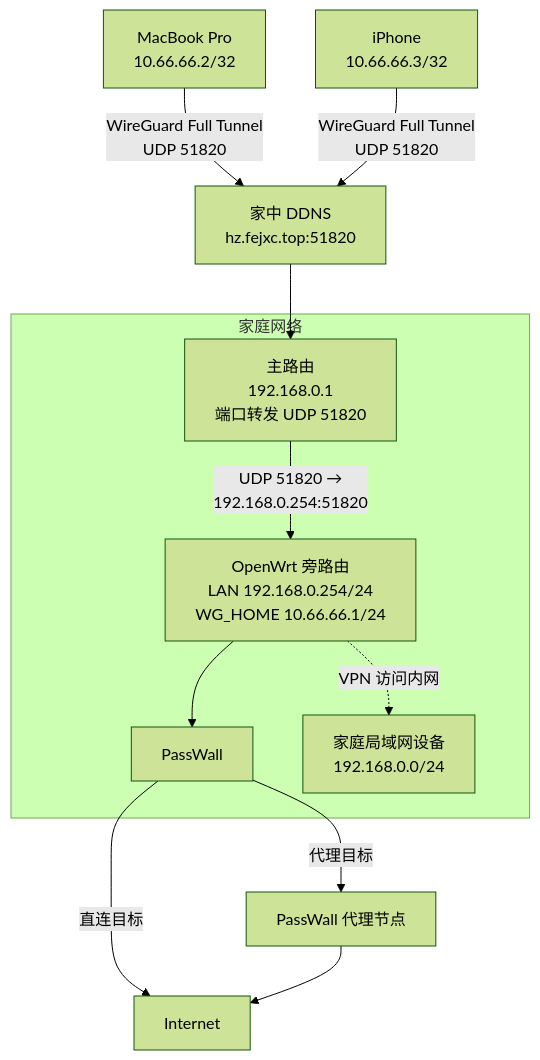
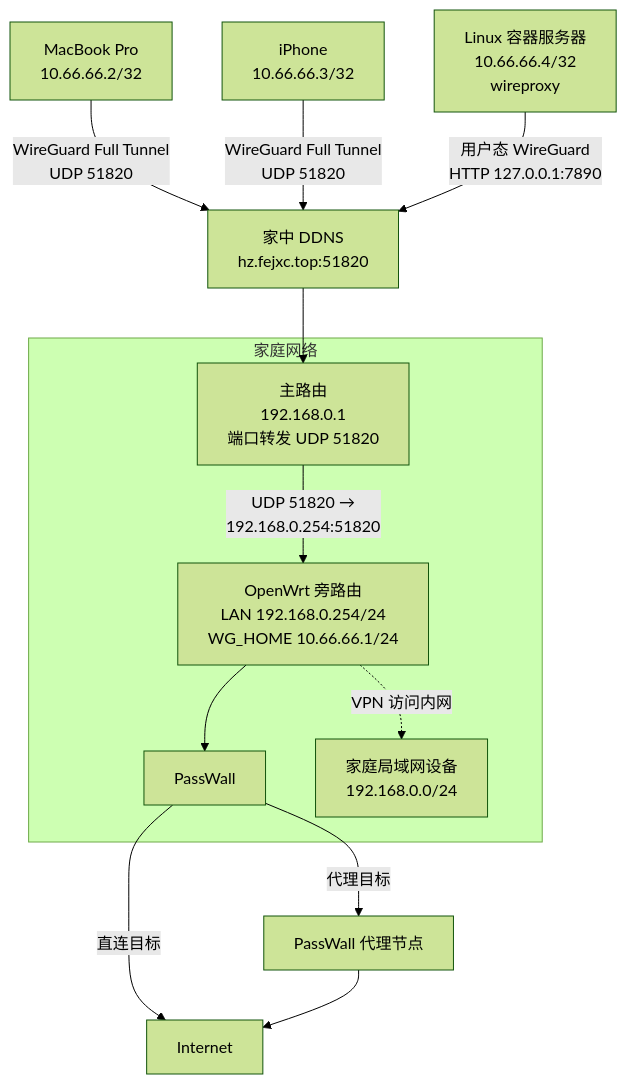
One commit to fejxc/network-toolbox changed the first of 2 diagrams in openwrt-wireguard/README.md. Above: the diagram before and after it, drawn with Mermaid (forest theme). The commit also changed other lines of this file and 4 other files, not shown here.

Commit message:
docs: add Linux wireproxy container server plan

````diff
--- a/openwrt-wireguard/README.md
+++ b/openwrt-wireguard/README.md
@@ -26,26 +28,28 @@
 ```mermaid
 flowchart TD
     MB["MacBook Pro<br/>10.66.66.2/32"]
     IP["iPhone<br/>10.66.66.3/32"]
+    LX["Linux 容器服务器<br/>10.66.66.4/32<br/>wireproxy"]
 
     MB -- "WireGuard Full Tunnel<br/>UDP 51820" --> DDNS
     IP -- "WireGuard Full Tunnel<br/>UDP 51820" --> DDNS
+    LX -- "用户态 WireGuard<br/>HTTP 127.0.0.1:7890" --> DDNS
 
     DDNS["家中 DDNS<br/>hz.fejxc.top:51820"]
     DDNS --> GW
 
     subgraph home["家庭网络"]
         GW["主路由<br/>192.168.0.1<br/>端口转发 UDP 51820"]
         OW["OpenWrt 旁路由<br/>LAN 192.168.0.254/24<br/>WG_HOME 10.66.66.1/24"]
         PW["PassWall"]
         LAN["家庭局域网设备<br/>192.168.0.0/24"]
 
         GW -- "UDP 51820 →<br/>192.168.0.254:51820" --> OW
         OW --> PW
         OW -. "VPN 访问内网" .-> LAN
     end
 
     PW -- "直连目标" --> INET["Internet"]
     PW -- "代理目标" --> PROXY["PassWall 代理节点"]
     PROXY --> INET
 ```
````
